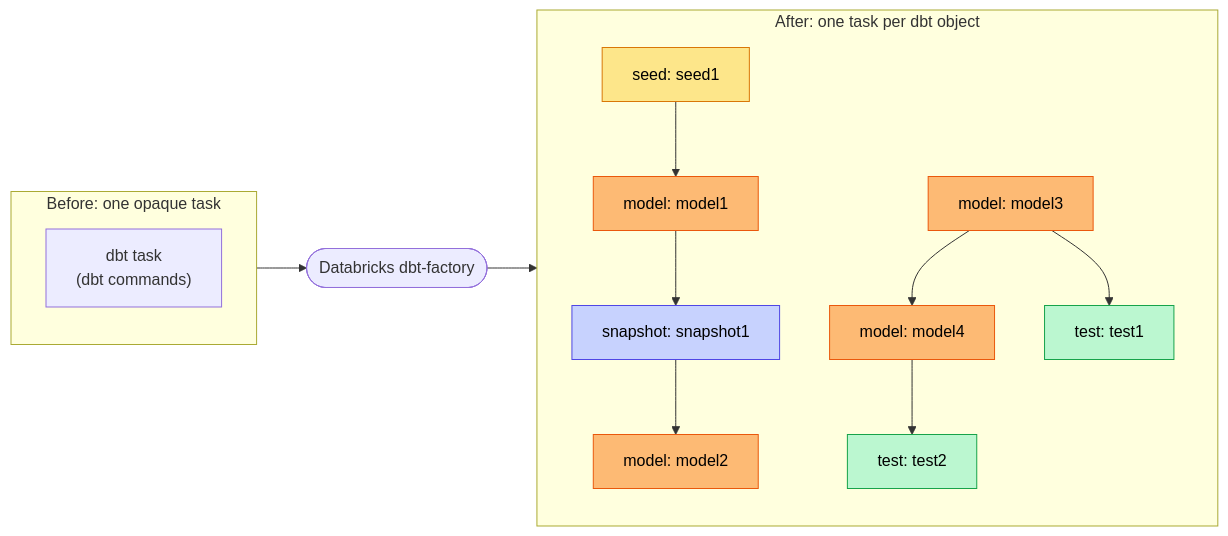
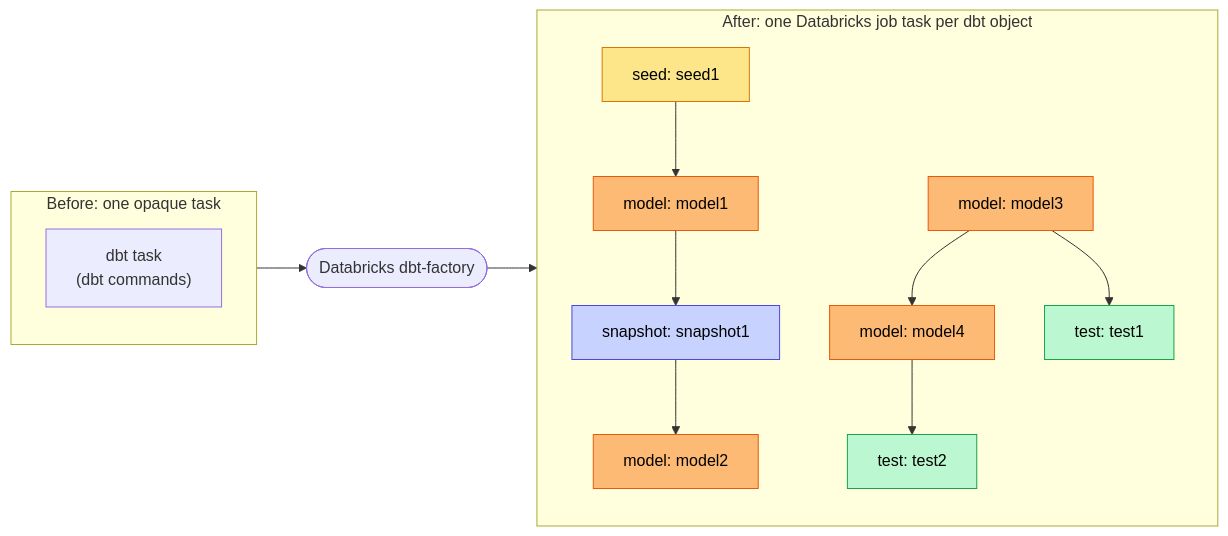
The first of 4 diagrams in README.md (mwojtyczka/databricks-dbt-factory), drawn with Mermaid before and after one commit. The commit also changed other lines of this file, not shown here.

First line of the commit message:
Split "How it works" into dbt-task and notebook-runner subsections

````diff
--- a/README.md
+++ b/README.md
@@ -33,30 +33,30 @@
 ```mermaid
 flowchart LR
     subgraph before["Before: one opaque task"]
         dbt["dbt task<br/>(dbt commands)"]
     end
 
     factory(["Databricks dbt-factory"])
 
-    subgraph after["After: one task per dbt object"]
+    subgraph after["After: one Databricks job task per dbt object"]
         direction TB
         seed1["seed: seed1"] --> model1["model: model1"]
         model1 --> snap1["snapshot: snapshot1"]
         snap1 --> model2["model: model2"]
         model3["model: model3"] --> model4["model: model4"]
         model3 --> test1["test: test1"]
         model4 --> test2["test: test2"]
     end
 
     before --> factory --> after
 
     classDef seed fill:#fde68a,stroke:#d97706,color:#000
     classDef model fill:#fdba74,stroke:#ea580c,color:#000
     classDef test fill:#bbf7d0,stroke:#16a34a,color:#000
     classDef snapshot fill:#c7d2fe,stroke:#4f46e5,color:#000
 
     class seed1 seed
     class model1,model2,model3,model4 model
     class test1,test2 test
     class snap1 snapshot
 ```
````
